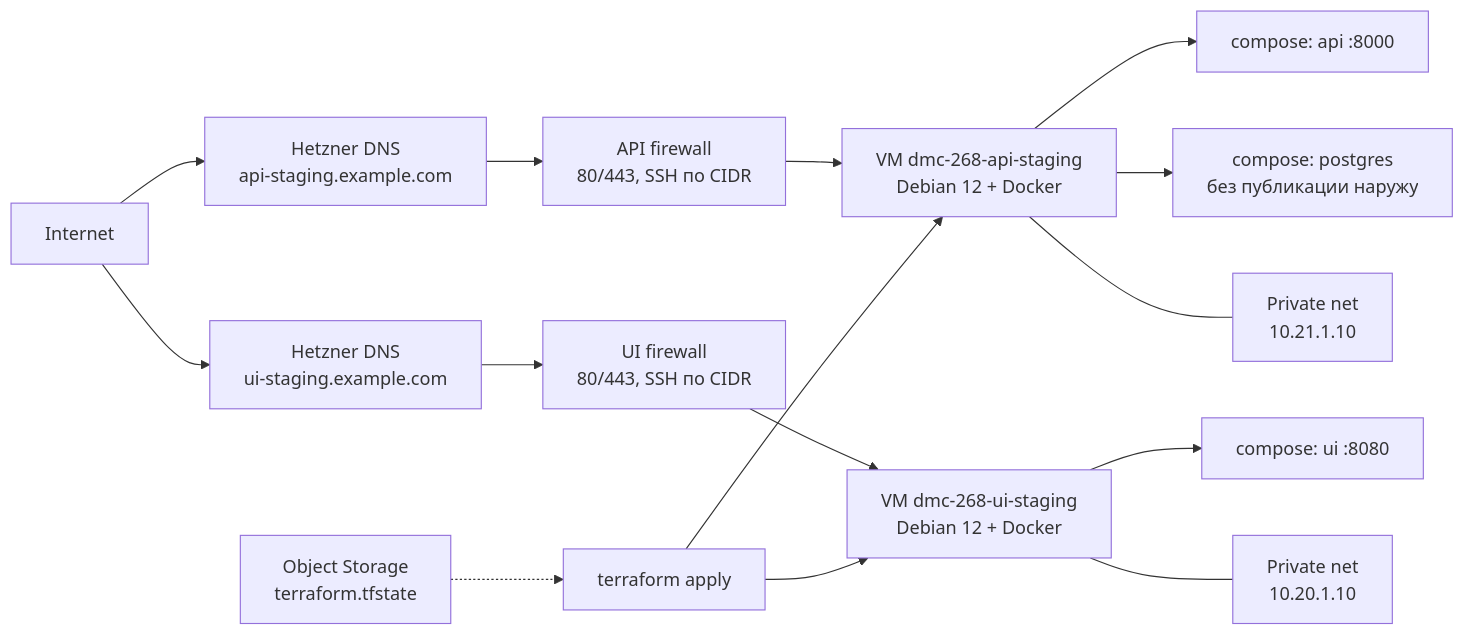
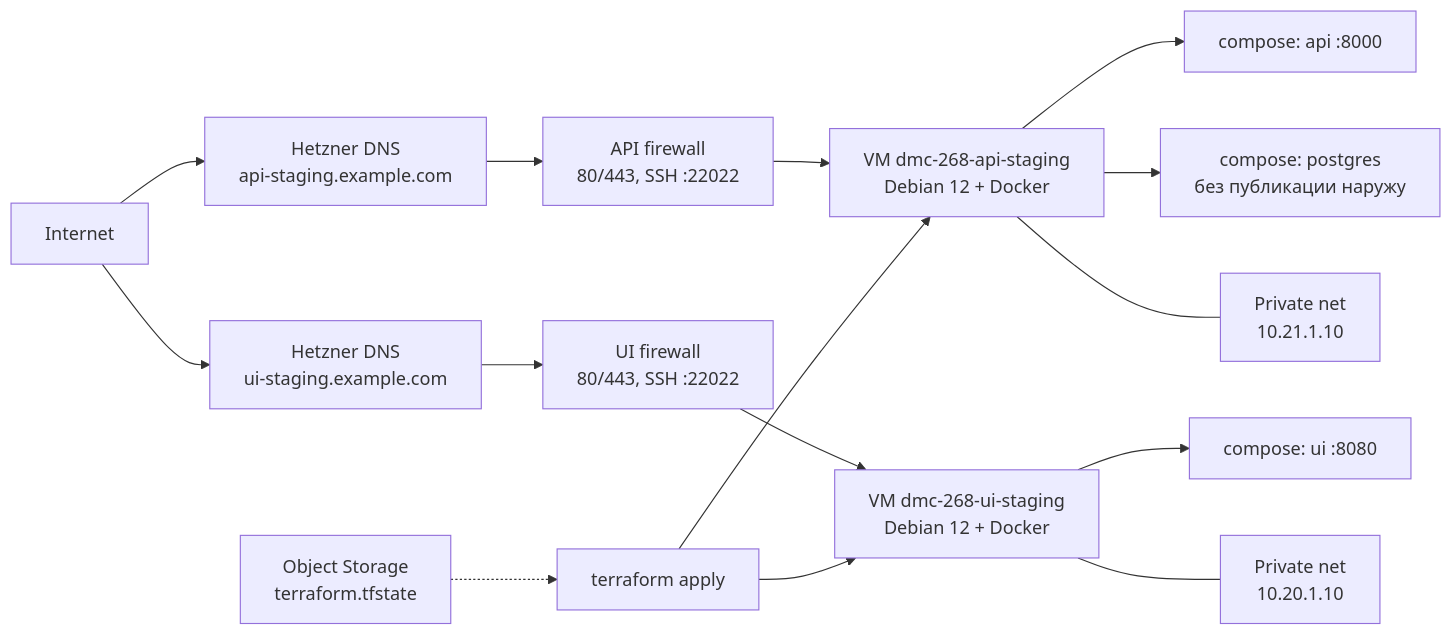
The diagram in docs/INFRASTRUCTURE.md (larchanka-training/dmc-268-api-t6), drawn with Mermaid before and after one commit. The commit also changed other lines of this file and 16 other files, not shown here.

````diff
--- a/docs/INFRASTRUCTURE.md
+++ b/docs/INFRASTRUCTURE.md
@@ -22,17 +22,17 @@
 ```mermaid
 flowchart LR
   internet["Internet"] --> dnsApi["Hetzner DNS\napi-staging.example.com"]
   internet --> dnsUi["Hetzner DNS\nui-staging.example.com"]
-  dnsApi --> fwApi["API firewall\n80/443, SSH по CIDR"]
-  dnsUi --> fwUi["UI firewall\n80/443, SSH по CIDR"]
+  dnsApi --> fwApi["API firewall\n80/443, SSH :22022"]
+  dnsUi --> fwUi["UI firewall\n80/443, SSH :22022"]
   fwApi --> vmApi["VM dmc-268-api-staging\nDebian 12 + Docker"]
   fwUi --> vmUi["VM dmc-268-ui-staging\nDebian 12 + Docker"]
   vmApi --> api["compose: api :8000"]
   vmApi --> pg["compose: postgres\nбез публикации наружу"]
   vmUi --> ui["compose: ui :8080"]
   vmApi --- privApi["Private net\n10.21.1.10"]
   vmUi --- privUi["Private net\n10.20.1.10"]
   state["Object Storage\nterraform.tfstate"] -.-> tf["terraform apply"]
   tf --> vmApi
   tf --> vmUi
 ```
````
